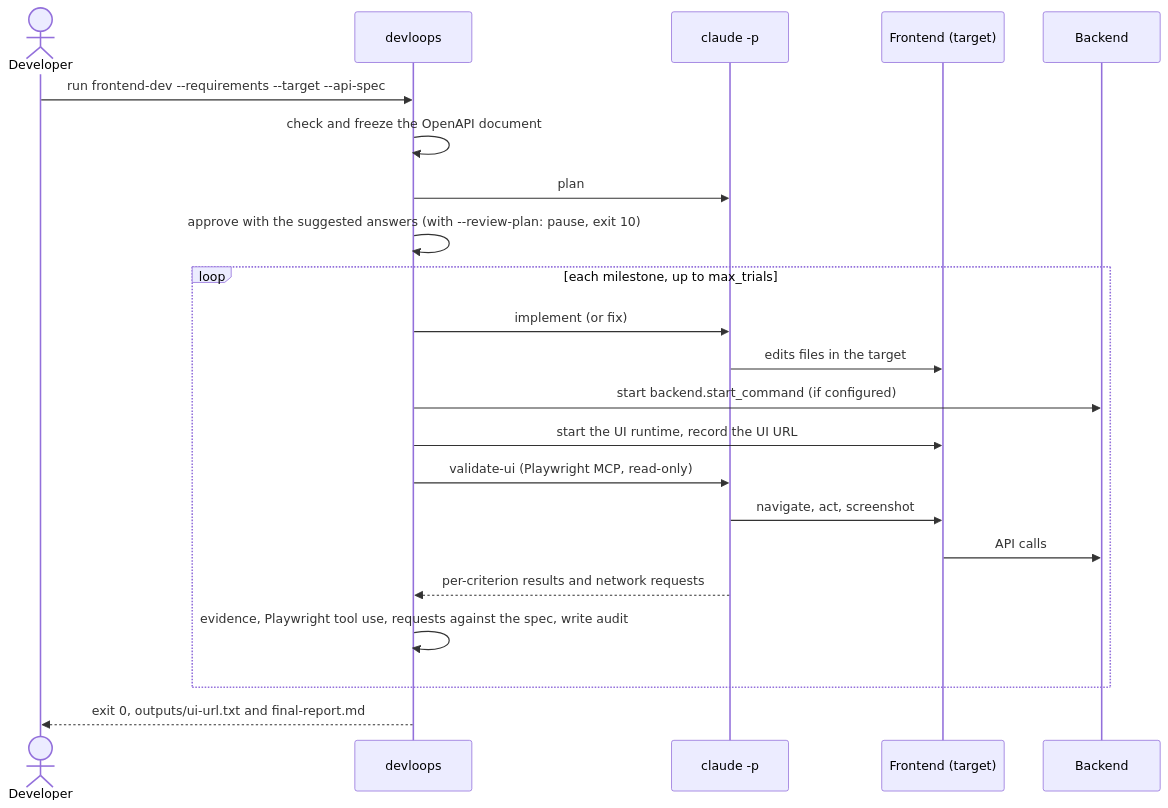
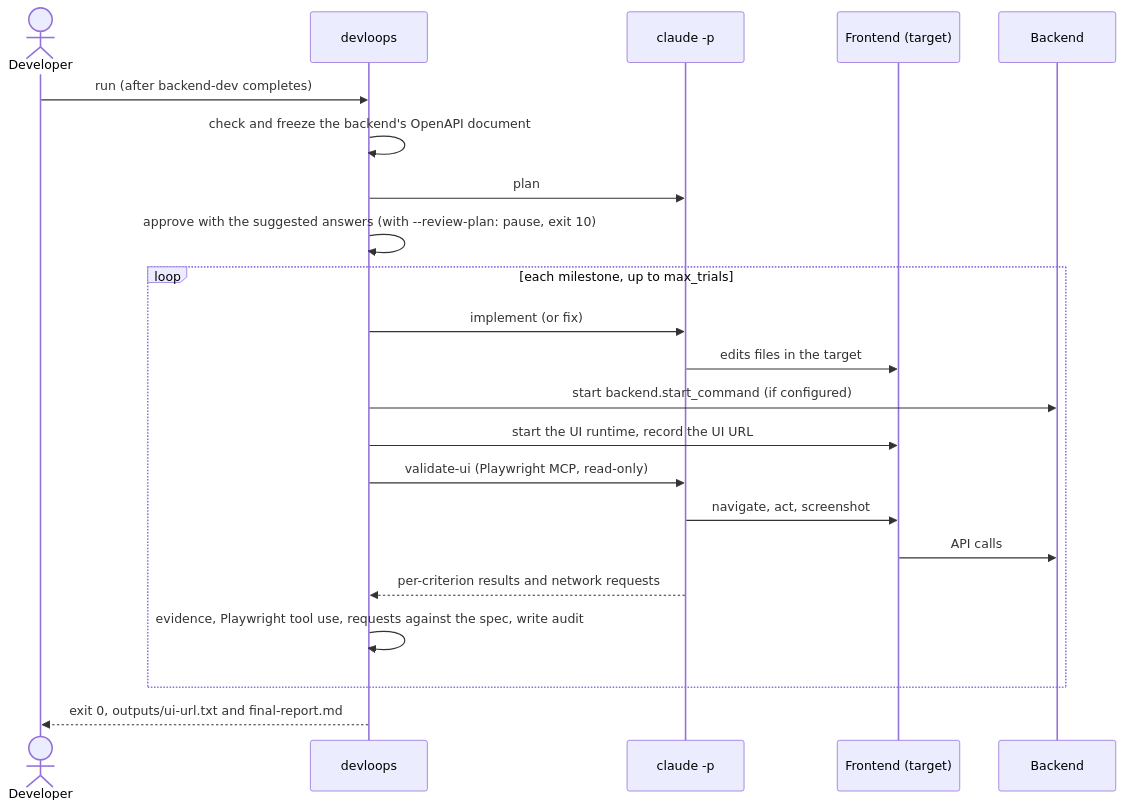
Before and after one commit to youssef7ussien/claude-devloops: the second of 3 diagrams in loops/README.md, drawn with Mermaid. The commit also changed other lines of this file and 19 other files, not shown here.

First line of the commit message:
docs(devloops): document the single run command and backend-only projects

````diff
--- a/loops/README.md
+++ b/loops/README.md
@@ -446,24 +475,24 @@
 ```mermaid
 sequenceDiagram
     actor Dev as Developer
     participant CLI as devloops
     participant Claude as claude -p
     participant UI as Frontend (target)
     participant API as Backend
-    Dev->>CLI: run frontend-dev --requirements --target --api-spec
-    CLI->>CLI: check and freeze the OpenAPI document
+    Dev->>CLI: run (after backend-dev completes)
+    CLI->>CLI: check and freeze the backend's OpenAPI document
     CLI->>Claude: plan
     CLI->>CLI: approve with the suggested answers (with --review-plan: pause, exit 10)
     loop each milestone, up to max_trials
         CLI->>Claude: implement (or fix)
         Claude->>UI: edits files in the target
         CLI->>API: start backend.start_command (if configured)
         CLI->>UI: start the UI runtime, record the UI URL
         CLI->>Claude: validate-ui (Playwright MCP, read-only)
         Claude->>UI: navigate, act, screenshot
         UI->>API: API calls
         Claude-->>CLI: per-criterion results and network requests
         CLI->>CLI: evidence, Playwright tool use, requests against the spec, write audit
     end
     CLI-->>Dev: exit 0, outputs/ui-url.txt and final-report.md
 ```
````
